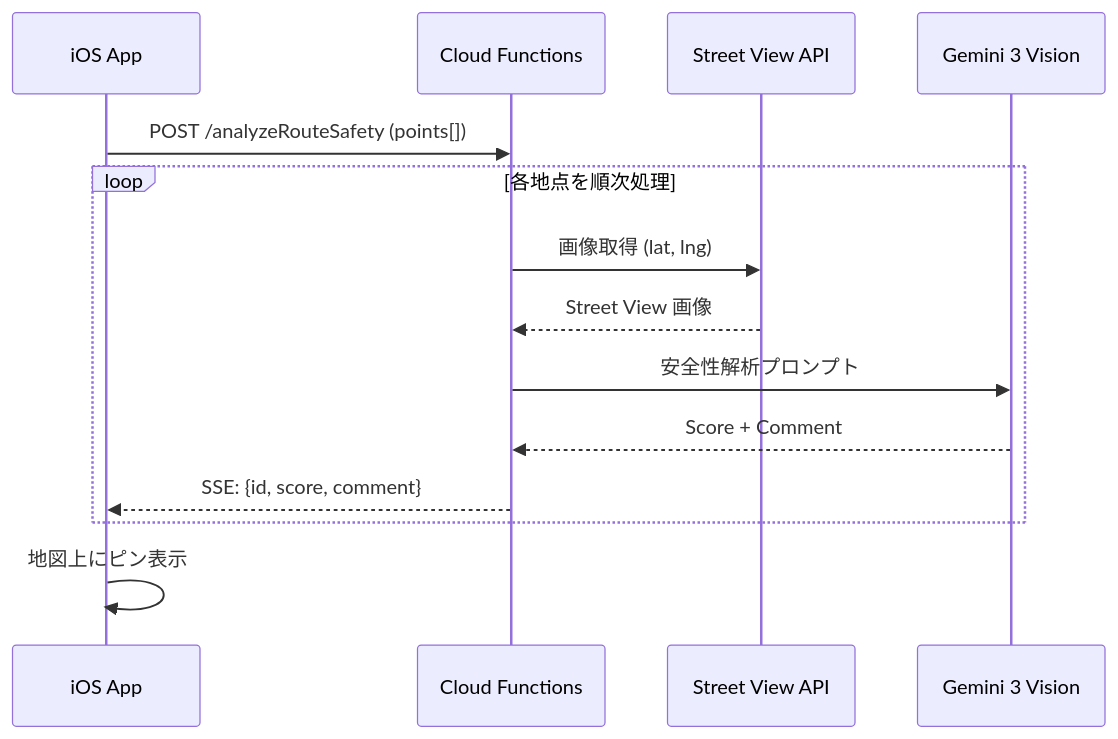
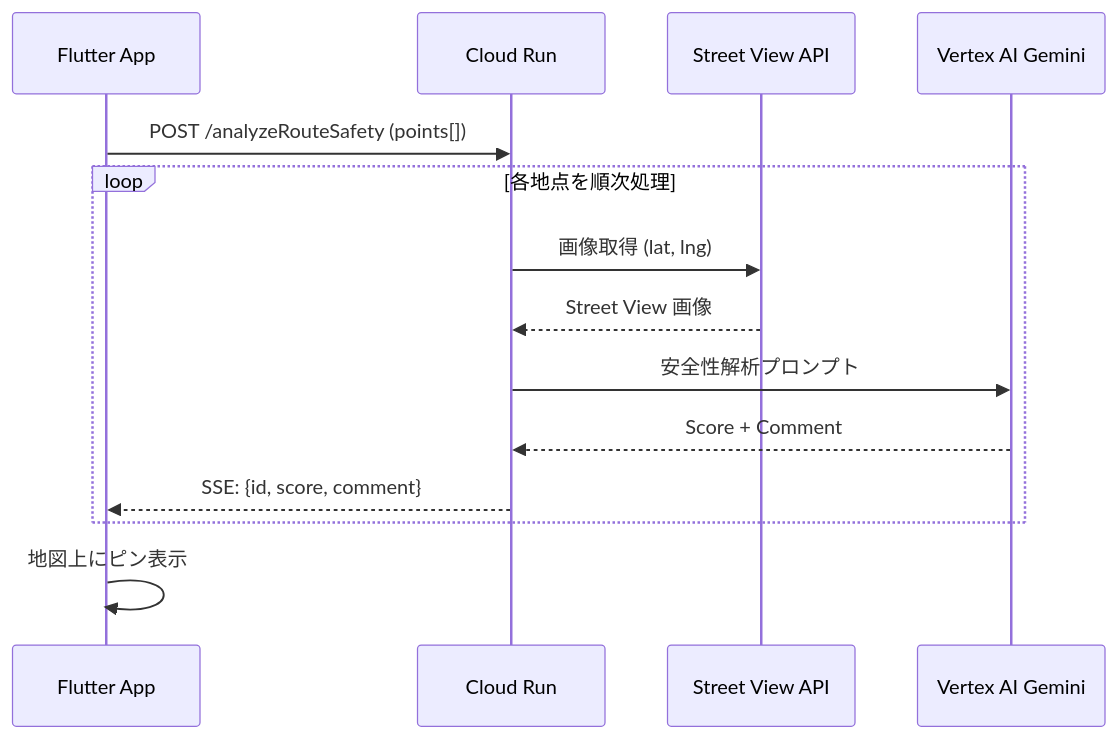
One commit to Ryg-appdev/safe-routing-ai-navigation changed the diagram in Docs/確定/diagrams/09_非同期安全スキャン.md. Above: the diagram before and after it, drawn with Mermaid. The commit also changed 12 other files, not shown here.

Commit message:
docs: 全ドキュメントの整合性を修正（Flutter/Vertex AI/ADK統一）

````diff
--- a/Docs/確定/diagrams/09_非同期安全スキャン.md
+++ b/Docs/確定/diagrams/09_非同期安全スキャン.md
@@ -3,17 +3,17 @@
 ```mermaid
 sequenceDiagram
-    participant iOS as iOS App
-    participant CF as Cloud Functions
+    participant App as Flutter App
+    participant CR as Cloud Run
     participant SV as Street View API
-    participant G3 as Gemini 3 Vision
+    participant G3 as Vertex AI Gemini
 
-    iOS->>CF: POST /analyzeRouteSafety (points[])
+    App->>CR: POST /analyzeRouteSafety (points[])
     loop 各地点を順次処理
-        CF->>SV: 画像取得 (lat, lng)
-        SV-->>CF: Street View 画像
-        CF->>G3: 安全性解析プロンプト
-        G3-->>CF: Score + Comment
-        CF-->>iOS: SSE: {id, score, comment}
+        CR->>SV: 画像取得 (lat, lng)
+        SV-->>CR: Street View 画像
+        CR->>G3: 安全性解析プロンプト
+        G3-->>CR: Score + Comment
+        CR-->>App: SSE: {id, score, comment}
     end
-    iOS->>iOS: 地図上にピン表示
+    App->>App: 地図上にピン表示
 ```
````
